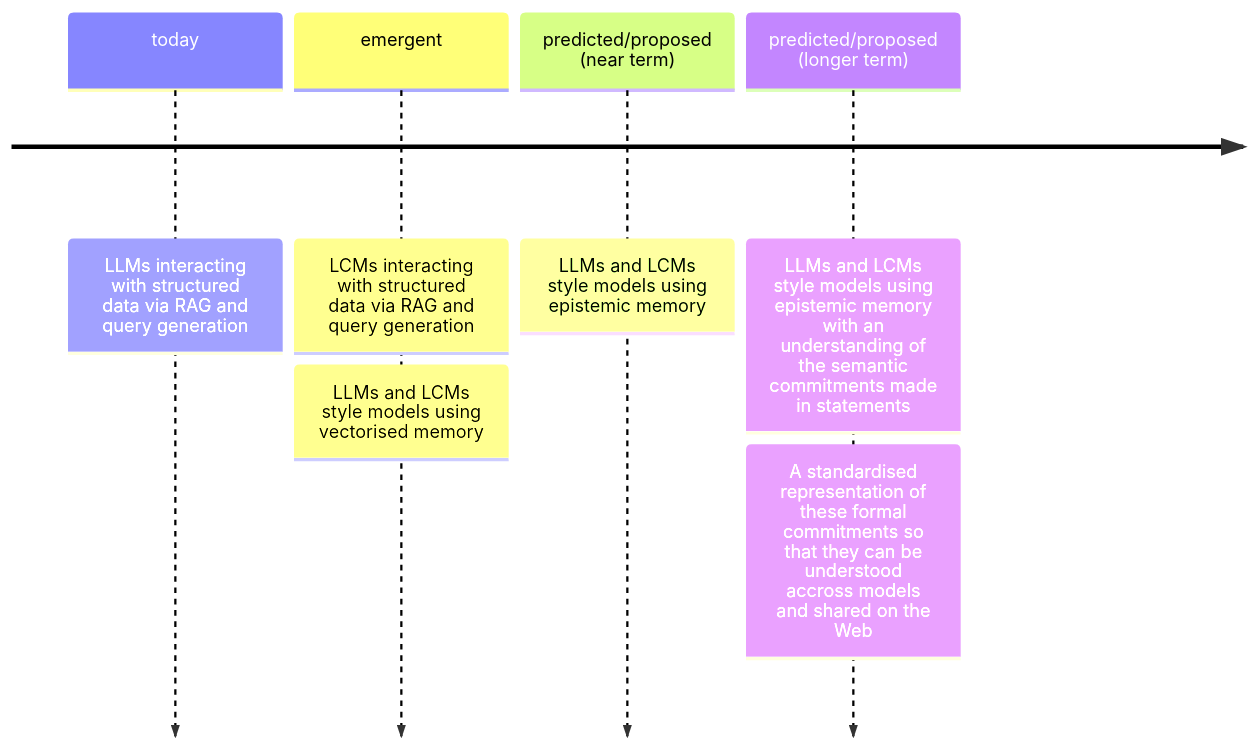
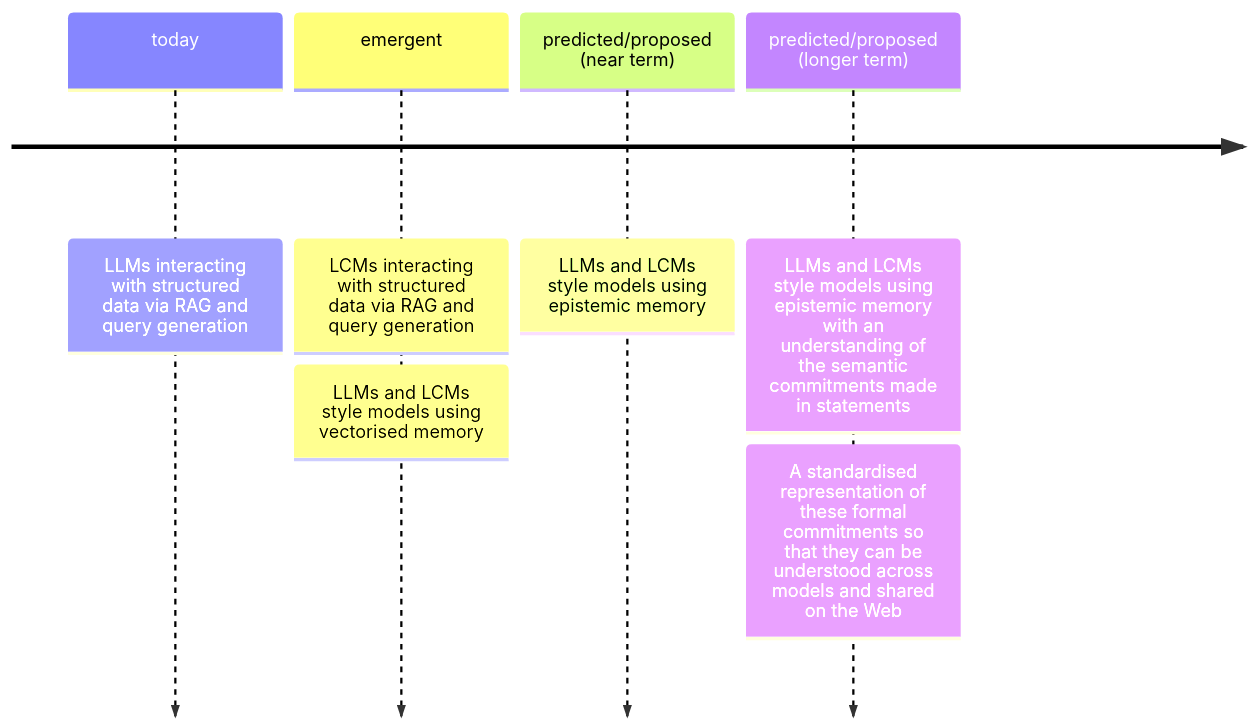
One commit to jeswr/blog changed the diagram in raw-posts/ideas-not-papers.md. Above: the diagram before and after it, drawn with Mermaid. The commit also changed 1 other file, not shown here.

Commit message:
chore: add ideas to mermaid build script

````diff
--- a/raw-posts/ideas-not-papers.md
+++ b/raw-posts/ideas-not-papers.md
@@ -9,9 +9,9 @@
 ```mermaid
 timeline
   today: LLMs interacting with structured data via RAG and query generation
   emergent: LCMs interacting with structured data via RAG and query generation
           : LLMs and LCMs style models using vectorised memory
   predicted/proposed (near term): LLMs and LCMs style models using epistemic memory
   predicted/proposed (longer term): LLMs and LCMs style models using epistemic memory with an understanding of the semantic commitments made in statements
-          : A standardised representation of these formal commitments so that they can be understood accross models and shared on the Web 
+          : A standardised representation of these formal commitments so that they can be understood across models and shared on the Web 
 ```
````
